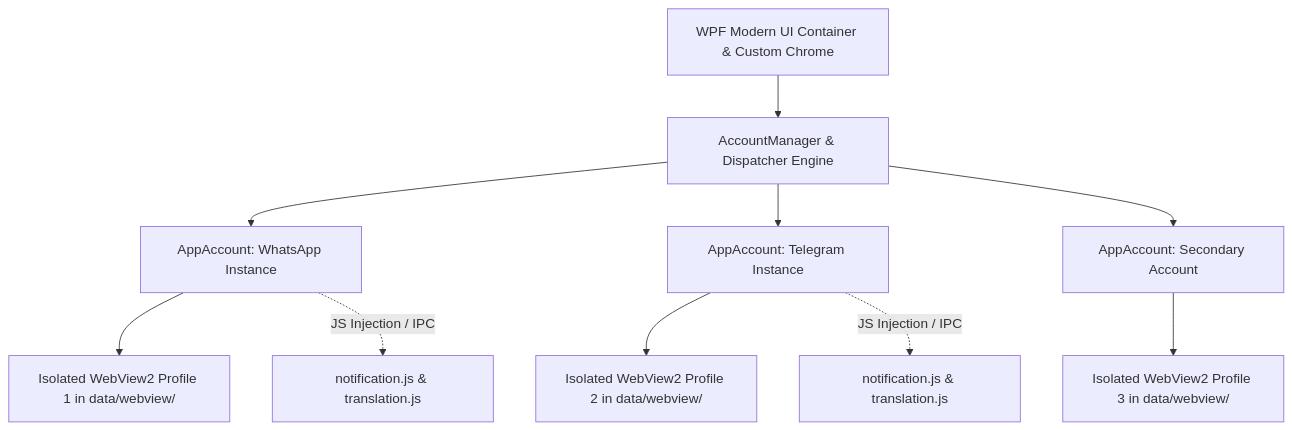
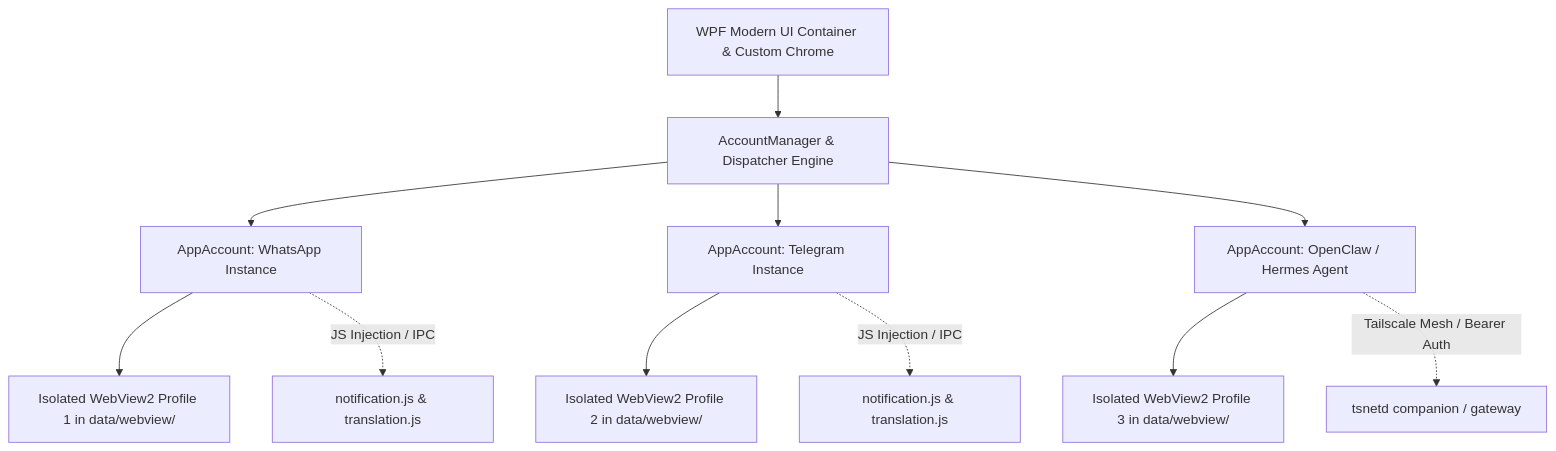
Before and after one commit to hidaba/HidaChat: the diagram in ARTICLE_WEBSITE.md, drawn with Mermaid. The commit also changed other lines of this file and 12 other files, not shown here.

````diff
--- a/ARTICLE_WEBSITE.md
+++ b/ARTICLE_WEBSITE.md
@@ -52,12 +54,13 @@
 ```mermaid
 graph TD
     A[WPF Modern UI Container & Custom Chrome] --> B[AccountManager & Dispatcher Engine]
     B --> C1[AppAccount: WhatsApp Instance]
     B --> C2[AppAccount: Telegram Instance]
-    B --> C3[AppAccount: Secondary Account]
+    B --> C3[AppAccount: OpenClaw / Hermes Agent]
     C1 --> D1[Isolated WebView2 Profile 1 in data/webview/]
     C2 --> D2[Isolated WebView2 Profile 2 in data/webview/]
     C3 --> D3[Isolated WebView2 Profile 3 in data/webview/]
     C1 -. JS Injection / IPC .-> E1[notification.js & translation.js]
     C2 -. JS Injection / IPC .-> E2[notification.js & translation.js]
+    C3 -. Tailscale Mesh / Bearer Auth .-> E3[tsnetd companion / gateway]
 ```
````
